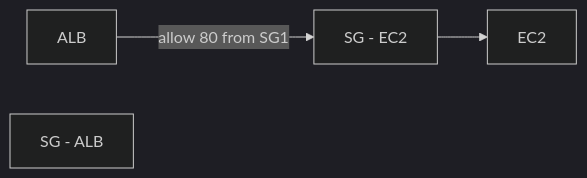
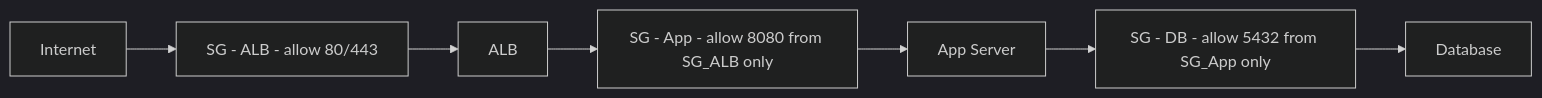
Before and after one commit to suryanaveen123/devops-crash-course: the third of 3 diagrams in devops-crash-course/docs/day-03-linux-essentials.md, drawn with Mermaid (dark theme). The commit also changed other lines of this file, not shown here.

````diff
--- a/devops-crash-course/docs/day-03-linux-essentials.md
+++ b/devops-crash-course/docs/day-03-linux-essentials.md
@@ -237,10 +794,12 @@
 ```mermaid
 flowchart LR
+  Internet[Internet]
+  SG_ALB[SG - ALB - allow 80/443]
   ALB[ALB]
-  EC2[EC2]
-  SG1[SG - ALB]
-  SG2[SG - EC2]
+  SG_App[SG - App - allow 8080 from SG_ALB only]
+  App[App Server]
+  SG_DB[SG - DB - allow 5432 from SG_App only]
+  DB[Database]
 
-  ALB -->|"allow 80 from SG1"| SG2
-  SG2 --> EC2
+  Internet --> SG_ALB --> ALB --> SG_App --> App --> SG_DB --> DB
 ```
````
